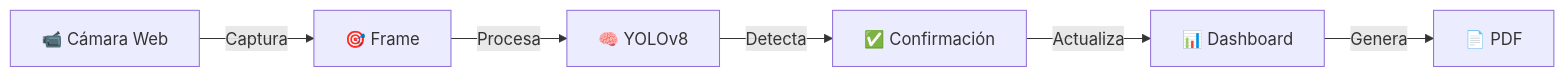
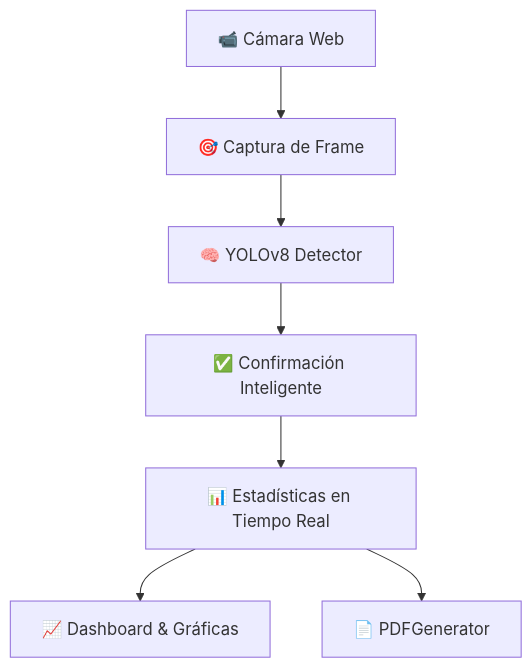
One commit to Vaquera26/MedSeen_IA changed the diagram in README.md. Above: the diagram before and after it, drawn with Mermaid. The commit also changed other lines of this file, not shown here.

````diff
--- a/README.md
+++ b/README.md
@@ -319,8 +194,9 @@
 ```mermaid
-graph LR
-    A[📹 Cámara Web] -->|Captura| B[🎯 Frame]
-    B -->|Procesa| C[🧠 YOLOv8]
-    C -->|Detecta| D[✅ Confirmación]
-    D -->|Actualiza| E[📊 Dashboard]
-    E -->|Genera| F[📄 PDF]
+graph TB
+    A[📹 Cámara Web] --> B[🎯 Captura de Frame]
+    B --> C[🧠 YOLOv8 Detector]
+    C --> D[✅ Confirmación Inteligente]
+    D --> E[📊 Estadísticas en Tiempo Real]
+    E --> F[📈 Dashboard & Gráficas]
+    E --> G[📄 PDFGenerator]
 ```
````
